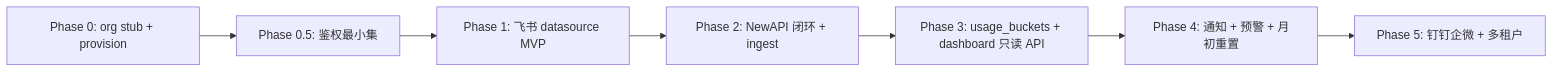
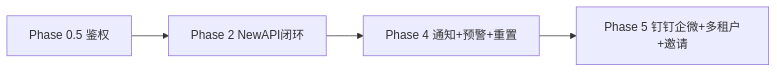
The diagram in docs/Backend-待实现.md (quyip8818/mytokenjoy), drawn with Mermaid before and after one commit. The commit also changed other lines of this file and 9 other files, not shown here.

````diff
--- a/docs/Backend-待实现.md
+++ b/docs/Backend-待实现.md
@@ -474,12 +111,9 @@
 ```mermaid
 flowchart LR
-    P0[Phase 0: org stub + provision]
-    P05[Phase 0.5: 鉴权最小集]
-    P1[Phase 1: 飞书 datasource MVP]
-    P2[Phase 2: NewAPI 闭环 + ingest]
-    P3[Phase 3: usage_buckets + dashboard 只读 API]
-    P4[Phase 4: 通知 + 预警 + 月初重置]
-    P5[Phase 5: 钉钉企微 + 多租户]
+    P05[Phase 0.5 鉴权]
+    P2[Phase 2 NewAPI闭环]
+    P4[Phase 4 通知+预警+重置]
+    P5[Phase 5 钉钉企微+多租户+邀请]
 
-    P0 --> P05 --> P1 --> P2 --> P3 --> P4 --> P5
+    P05 --> P2 --> P4 --> P5
 ```
````
